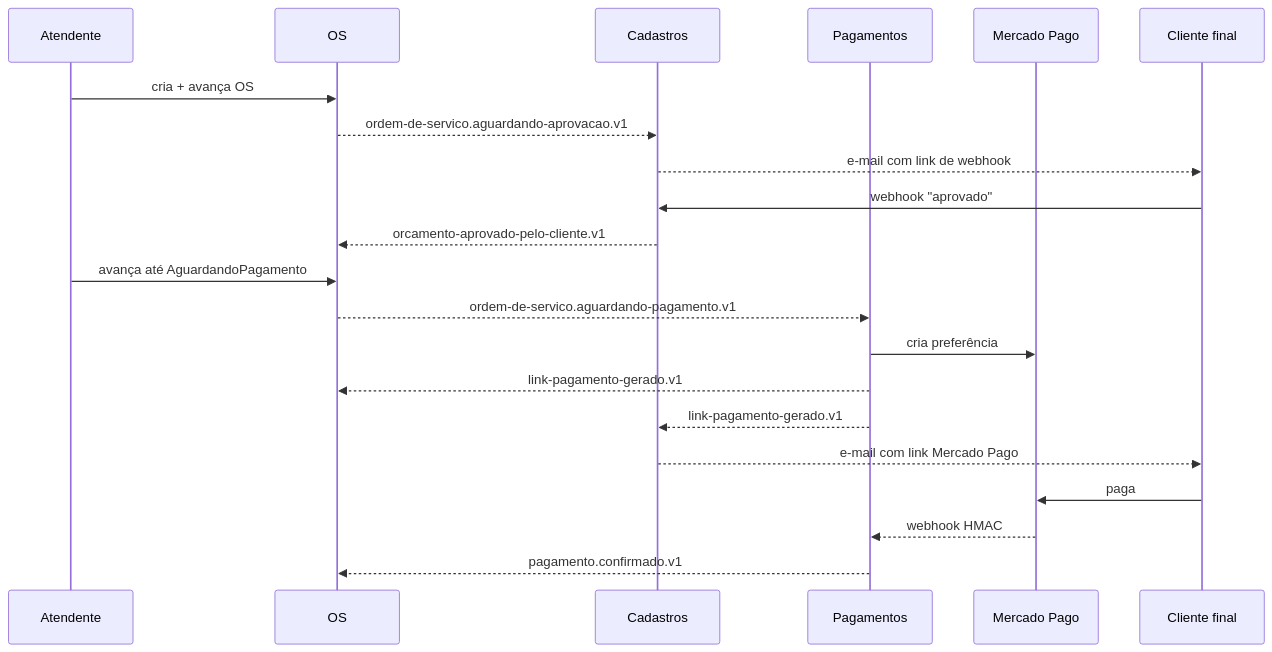
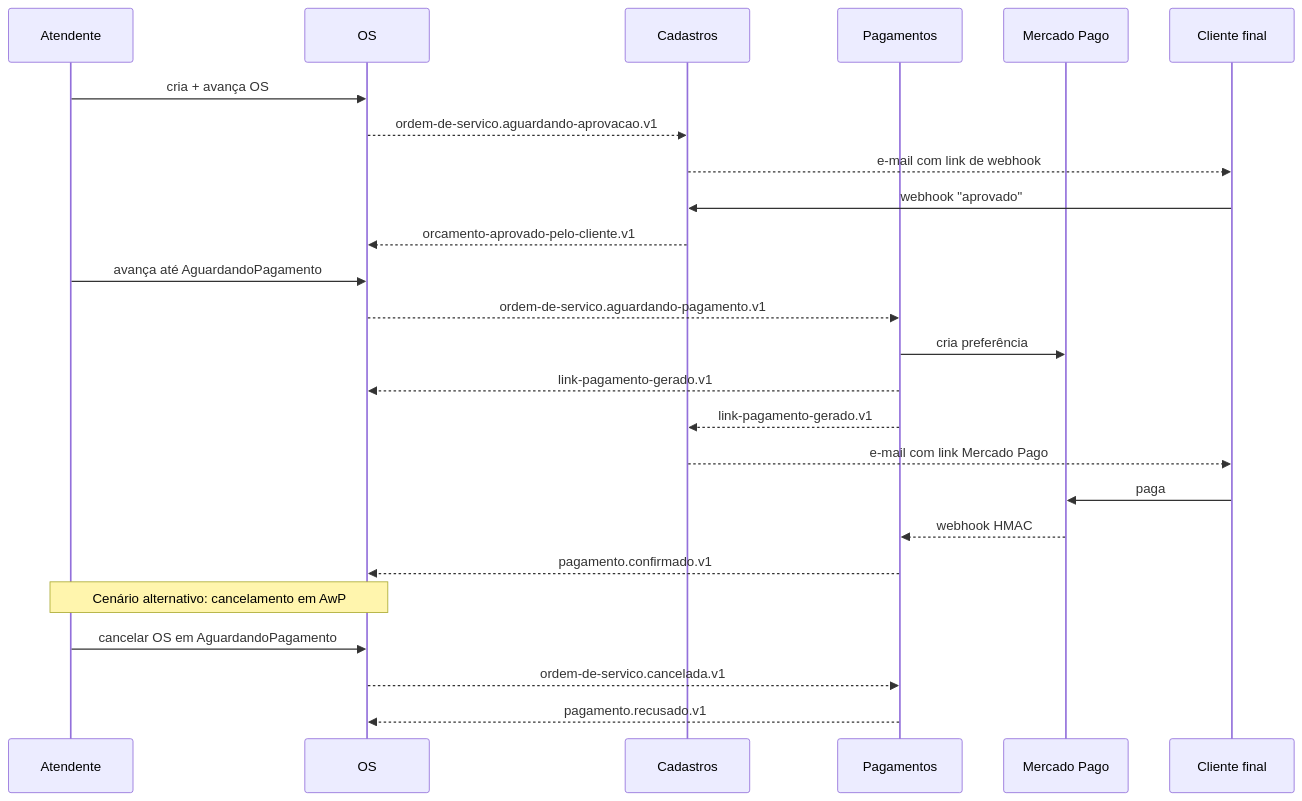
The diagram in wiki/Catalogo-de-eventos.md (fiap-challenge-13soat/mecanica-hermes-docs), drawn with Mermaid before and after one commit. The commit also changed other lines of this file and 13 other files, not shown here.

````diff
--- a/wiki/Catalogo-de-eventos.md
+++ b/wiki/Catalogo-de-eventos.md
@@ -25,25 +26,30 @@
 ```mermaid
 sequenceDiagram
   participant Atend as Atendente
   participant OS
   participant Cad as Cadastros
   participant Pag as Pagamentos
   participant MP as Mercado Pago
   participant Cli as Cliente final
 
   Atend->>OS: cria + avança OS
   OS-->>Cad: ordem-de-servico.aguardando-aprovacao.v1
   Cad-->>Cli: e-mail com link de webhook
   Cli->>Cad: webhook "aprovado"
   Cad-->>OS: orcamento-aprovado-pelo-cliente.v1
 
   Atend->>OS: avança até AguardandoPagamento
   OS-->>Pag: ordem-de-servico.aguardando-pagamento.v1
   Pag->>MP: cria preferência
   Pag-->>OS: link-pagamento-gerado.v1
   Pag-->>Cad: link-pagamento-gerado.v1
   Cad-->>Cli: e-mail com link Mercado Pago
   Cli->>MP: paga
   MP-->>Pag: webhook HMAC
   Pag-->>OS: pagamento.confirmado.v1
+
+  Note over Atend,OS: Cenário alternativo: cancelamento em AwP
+  Atend->>OS: cancelar OS em AguardandoPagamento
+  OS-->>Pag: ordem-de-servico.cancelada.v1
+  Pag-->>OS: pagamento.recusado.v1
 ```
````
